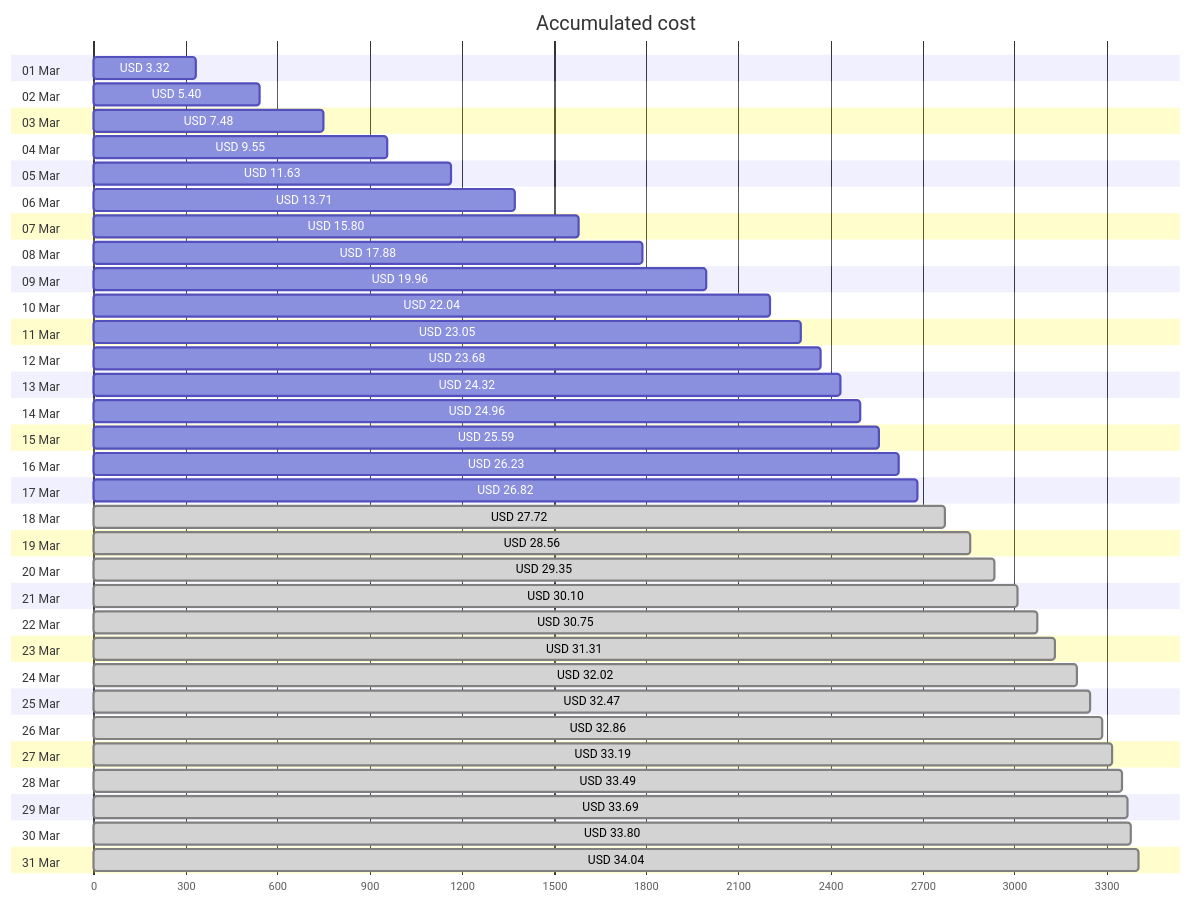
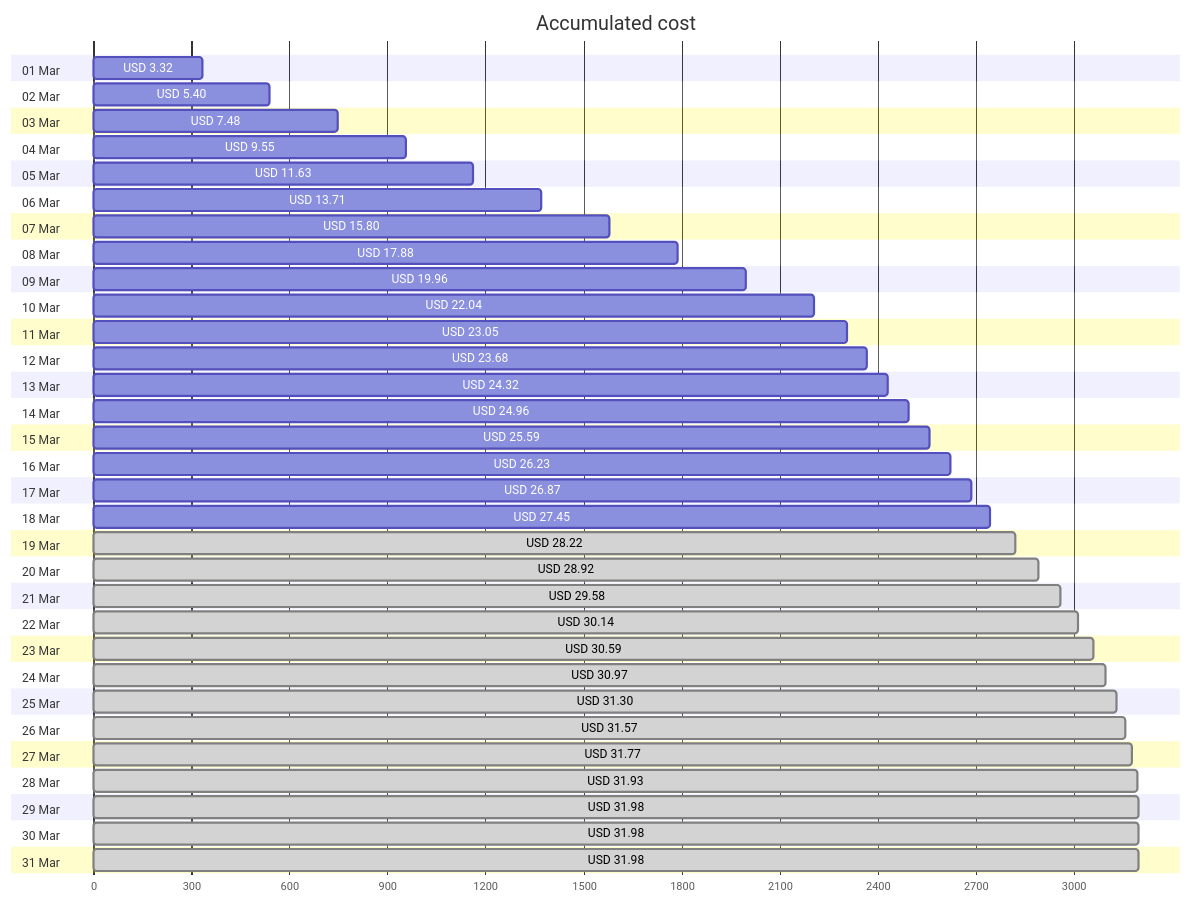
The first of 4 diagrams in cost-reports/accumulated-cost.md (jpfulton/azure-personal-reports), drawn with Mermaid before and after one commit. The commit also changed other lines of this file and 4 other files, not shown here.

````diff
--- a/cost-reports/accumulated-cost.md
+++ b/cost-reports/accumulated-cost.md
@@ -20,68 +20,68 @@
 ```mermaid
 gantt
    title Accumulated cost
    dateFormat  X
    axisFormat %s
    section 01 Mar
    USD 3.32 :0, 332
    section 02 Mar
    USD 5.40 :0, 540
    section 03 Mar
    USD 7.48 :0, 748
    section 04 Mar
    USD 9.55 :0, 955
    section 05 Mar
    USD 11.63 :0, 1163
    section 06 Mar
    USD 13.71 :0, 1371
    section 07 Mar
    USD 15.80 :0, 1580
    section 08 Mar
    USD 17.88 :0, 1788
    section 09 Mar
    USD 19.96 :0, 1996
    section 10 Mar
    USD 22.04 :0, 2204
    section 11 Mar
    USD 23.05 :0, 2305
    section 12 Mar
    USD 23.68 :0, 2368
    section 13 Mar
    USD 24.32 :0, 2432
    section 14 Mar
    USD 24.96 :0, 2496
    section 15 Mar
    USD 25.59 :0, 2559
    section 16 Mar
    USD 26.23 :0, 2623
    section 17 Mar
-   USD 26.82 :0, 2682
+   USD 26.87 :0, 2687
    section 18 Mar
-   USD 27.72 : done, 0, 2772
+   USD 27.45 :0, 2745
    section 19 Mar
-   USD 28.56 : done, 0, 2856
+   USD 28.22 : done, 0, 2822
    section 20 Mar
-   USD 29.35 : done, 0, 2935
+   USD 28.92 : done, 0, 2892
    section 21 Mar
-   USD 30.10 : done, 0, 3010
+   USD 29.58 : done, 0, 2958
    section 22 Mar
-   USD 30.75 : done, 0, 3075
+   USD 30.14 : done, 0, 3014
    section 23 Mar
-   USD 31.31 : done, 0, 3131
+   USD 30.59 : done, 0, 3059
    section 24 Mar
-   USD 32.02 : done, 0, 3202
+   USD 30.97 : done, 0, 3097
    section 25 Mar
-   USD 32.47 : done, 0, 3247
+   USD 31.30 : done, 0, 3130
    section 26 Mar
-   USD 32.86 : done, 0, 3286
+   USD 31.57 : done, 0, 3157
    section 27 Mar
-   USD 33.19 : done, 0, 3319
+   USD 31.77 : done, 0, 3177
    section 28 Mar
-   USD 33.49 : done, 0, 3349
+   USD 31.93 : done, 0, 3193
    section 29 Mar
-   USD 33.69 : done, 0, 3369
+   USD 31.98 : done, 0, 3198
    section 30 Mar
-   USD 33.80 : done, 0, 3380
+   USD 31.98 : done, 0, 3198
    section 31 Mar
-   USD 34.04 : done, 0, 3404
+   USD 31.98 : done, 0, 3198
 ```
````
